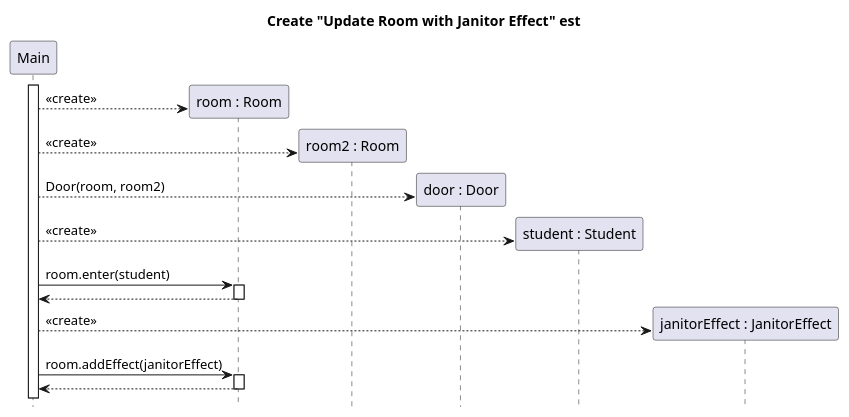
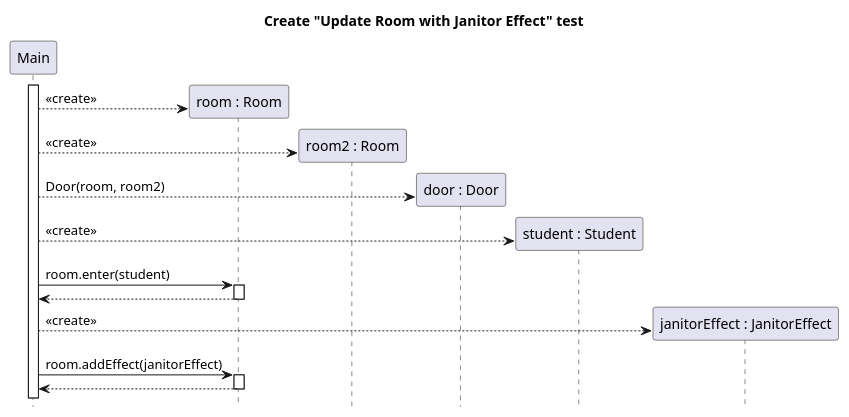
One commit to sn4k3ch4rm3r/logarlec changed the diagram in docs/diagrams/test-create-sequence/room-update-janitor-effect-create.puml. Above: the diagram before and after it, drawn with PlantUML. The commit also changed 11 other files, not shown here.

```diff
--- a/docs/diagrams/test-create-sequence/room-update-janitor-effect-create.puml
+++ b/docs/diagrams/test-create-sequence/room-update-janitor-effect-create.puml
@@ -1,28 +1,28 @@
 @startuml room-update-janitor-effect-create
-title Create "Update Room with Janitor Effect" est
+title Create "Update Room with Janitor Effect" test
 hide footbox
 skinparam SequenceReferenceBackgroundColor white
 
 participant Main
 participant "room : Room" as room
 participant "room2 : Room" as room2
 participant "door : Door" as door
 participant "student : Student" as student
 participant "janitorEffect : JanitorEffect" as janitorEffect
 
 activate Main
 create room
 Main --> room : <<create>>
 create room2
 Main --> room2 : <<create>>
 create door
 Main --> door : Door(room, room2)
 create student
 Main --> student : <<create>>
 Main -> room ++ : room.enter(student)
 return
 create janitorEffect
 Main --> janitorEffect : <<create>>
 Main -> room ++ : room.addEffect(janitorEffect)
 return
 @enduml
```
